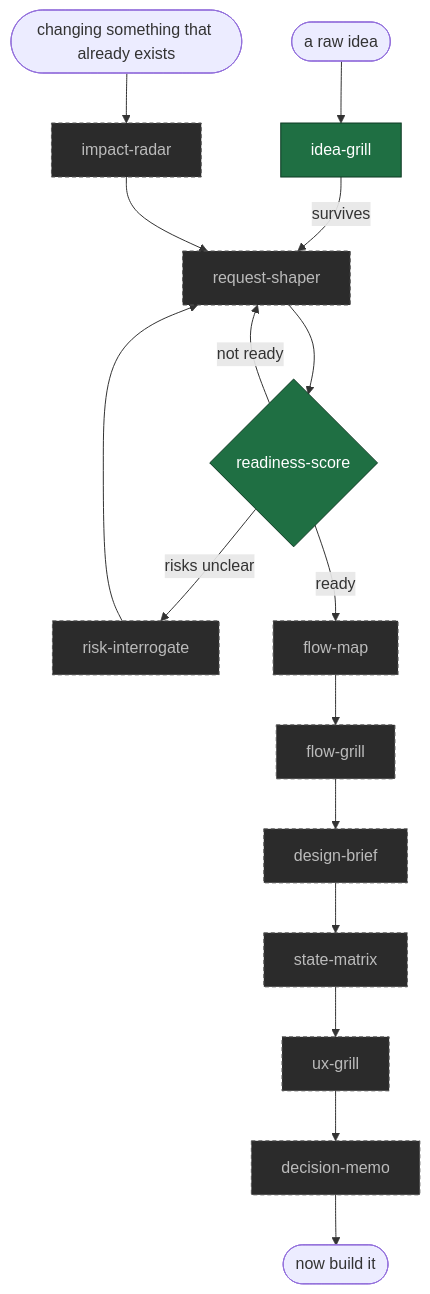
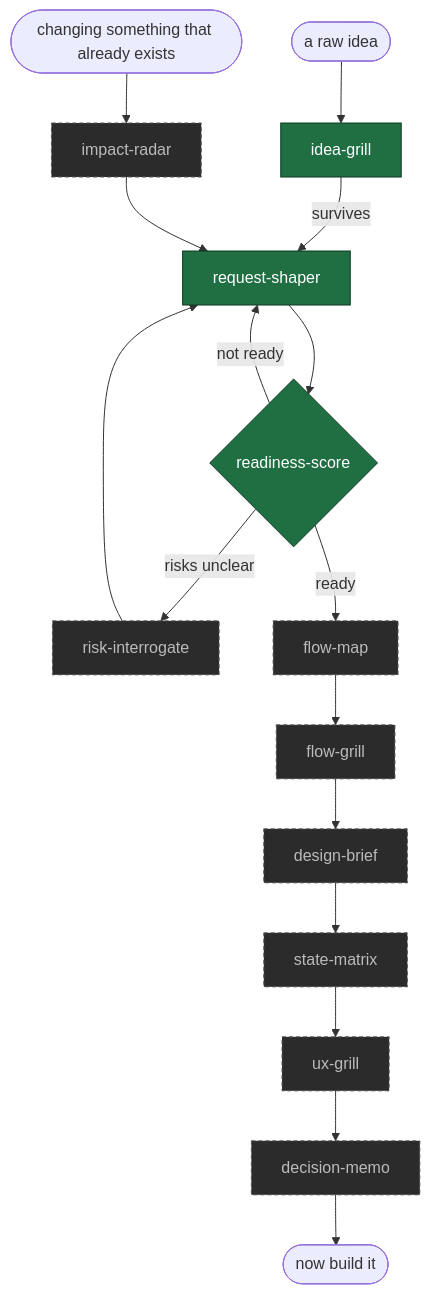
The diagram in README.md (ratipcan-uysal/before-you-build), drawn with Mermaid before and after one commit. The commit also changed other lines of this file and 8 other files, not shown here.

````diff
--- a/README.md
+++ b/README.md
@@ -35,23 +35,23 @@
 ```mermaid
 flowchart TD
     idea([a raw idea]) --> IG[idea-grill]
     IG -->|survives| RS[request-shaper]
     RS --> SC{readiness-score}
     SC -->|not ready| RS
     SC -->|risks unclear| RI[risk-interrogate]
     RI --> RS
     SC -->|ready| FM[flow-map]
     FM --> FG[flow-grill]
     FG --> DB[design-brief]
     DB --> SM[state-matrix]
     SM --> UX[ux-grill]
     UX --> DM[decision-memo]
     DM --> out([now build it])
     change([changing something that already exists]) --> IR[impact-radar]
     IR --> RS
 
     classDef shipped fill:#1f6f43,stroke:#0d3a23,color:#fff
     classDef planned fill:#2b2b2b,stroke:#555,color:#bbb,stroke-dasharray:4 3
-    class IG,SC shipped
-    class RS,RI,FM,FG,DB,SM,UX,IR,DM planned
+    class IG,RS,SC shipped
+    class RI,FM,FG,DB,SM,UX,IR,DM planned
 ```
````
